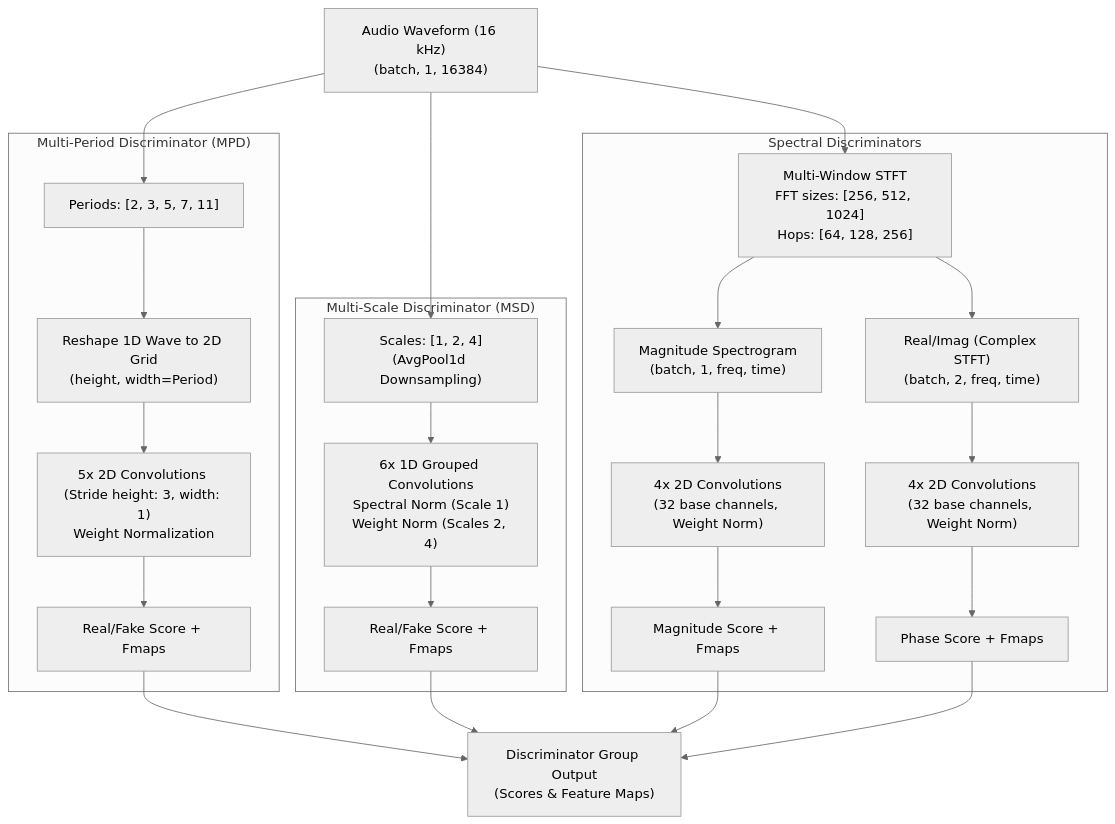
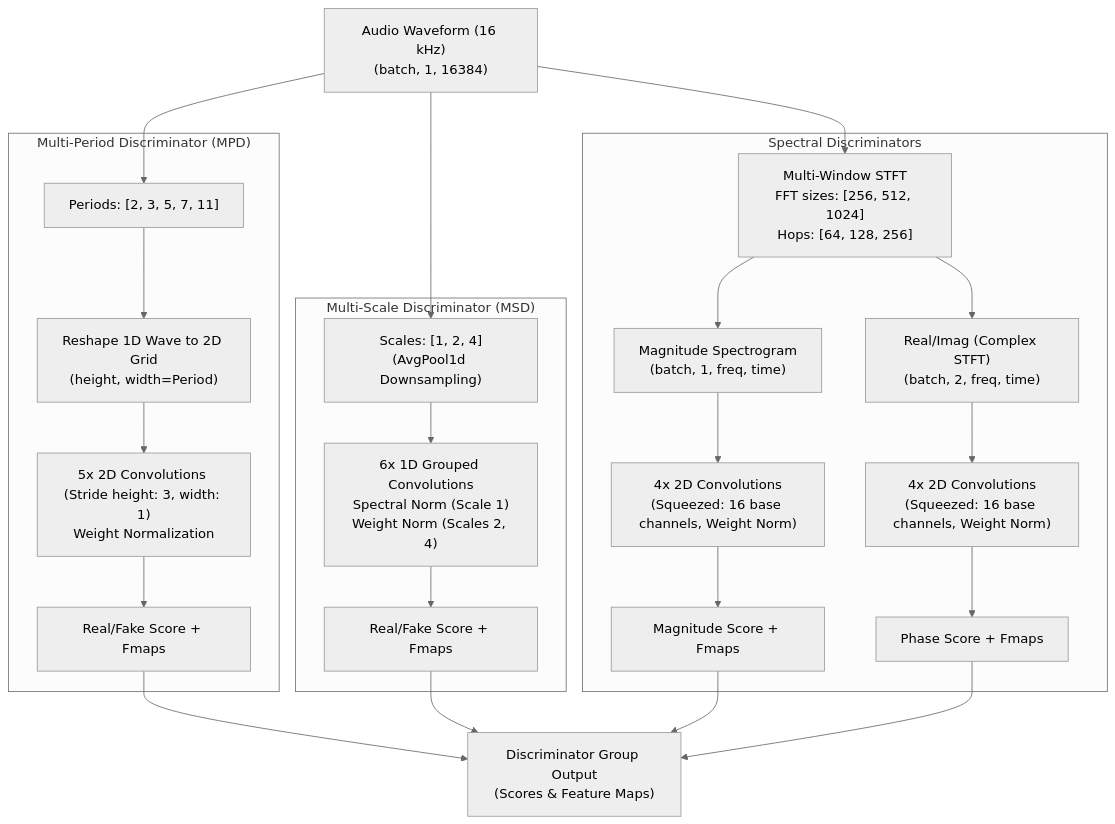
The second of 2 diagrams in README.md (harshil-0/Enhanced_architechture_GAN_BWE), drawn with Mermaid (neutral theme) before and after one commit. The commit also changed other lines of this file, not shown here.

Commit message:
Update README.md with new lightweight architecture details, diagrams, and benchmarks

````diff
--- a/README.md
+++ b/README.md
@@ -110,38 +110,38 @@
 ```mermaid
 graph TD
     %% Input
     InputAudio["Audio Waveform (16 kHz)<br>(batch, 1, 16384)"] --> MPD
     InputAudio --> MSD
     InputAudio --> STFT
     
     %% MPD
     subgraph MPD_Group ["Multi-Period Discriminator (MPD)"]
         MPD["Periods: [2, 3, 5, 7, 11]"] --> Reshape2D["Reshape 1D Wave to 2D Grid<br>(height, width=Period)"]
         Reshape2D --> Conv2D_P["5x 2D Convolutions (Stride height: 3, width: 1)<br>Weight Normalization"]
         Conv2D_P --> OutP["Real/Fake Score + Fmaps"]
     end
     
     %% MSD
     subgraph MSD_Group ["Multi-Scale Discriminator (MSD)"]
         MSD["Scales: [1, 2, 4]<br>(AvgPool1d Downsampling)"] --> Conv1D_S["6x 1D Grouped Convolutions<br>Spectral Norm (Scale 1)<br>Weight Norm (Scales 2, 4)"]
         Conv1D_S --> OutS["Real/Fake Score + Fmaps"]
     end
     
     %% STFT Conversion
     subgraph Spectral_Group ["Spectral Discriminators"]
         STFT["Multi-Window STFT<br>FFT sizes: [256, 512, 1024]<br>Hops: [64, 128, 256]"] --> MagBranch["Magnitude Spectrogram<br>(batch, 1, freq, time)"]
         STFT --> PhaseBranch["Real/Imag (Complex STFT)<br>(batch, 2, freq, time)"]
         
-        MagBranch --> Conv2D_Mag["4x 2D Convolutions<br>(32 base channels, Weight Norm)"]
-        PhaseBranch --> Conv2D_Phase["4x 2D Convolutions<br>(32 base channels, Weight Norm)"]
+        MagBranch --> Conv2D_Mag["4x 2D Convolutions<br>(Squeezed: 16 base channels, Weight Norm)"]
+        PhaseBranch --> Conv2D_Phase["4x 2D Convolutions<br>(Squeezed: 16 base channels, Weight Norm)"]
         
         Conv2D_Mag --> OutMag["Magnitude Score + Fmaps"]
         Conv2D_Phase --> OutPhase["Phase Score + Fmaps"]
     end
     
     %% Group Output
     OutP --> Group["Discriminator Group Output<br>(Scores & Feature Maps)"]
     OutS --> Group
     OutMag --> Group
     OutPhase --> Group
 ```
````
